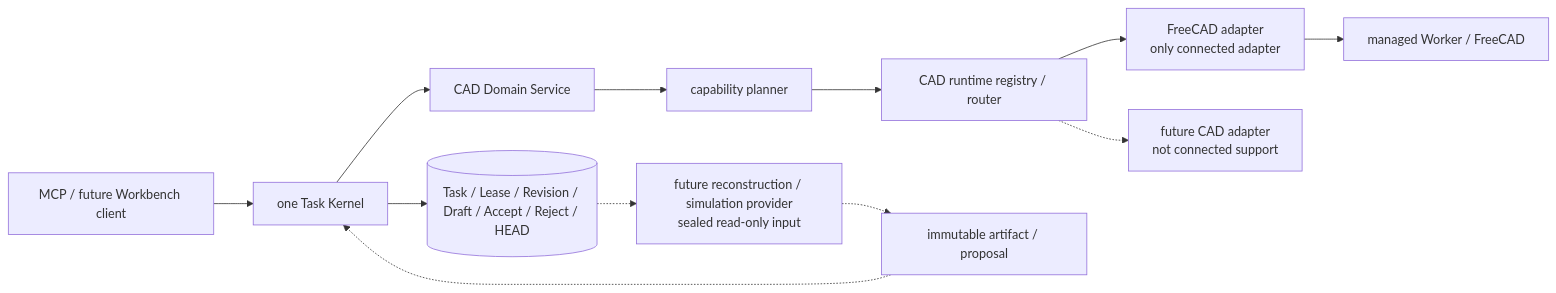
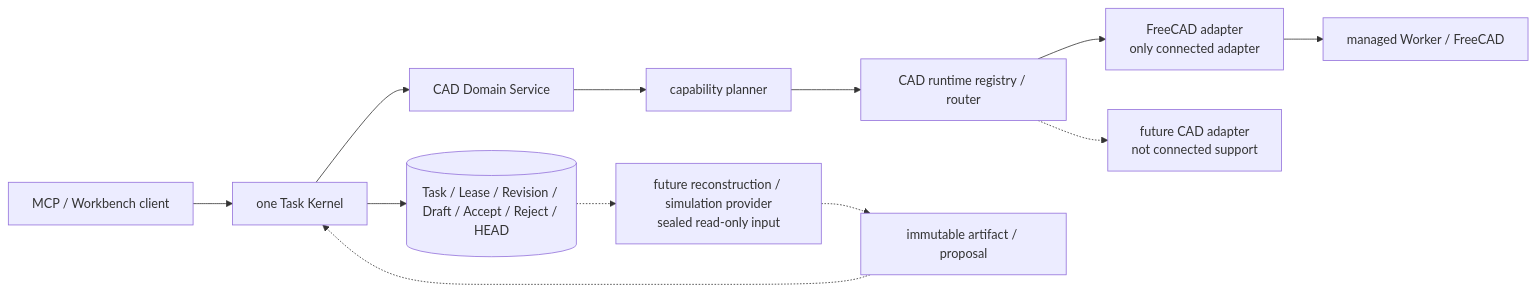
The third of 4 diagrams in docs/ARCHITECTURE.md (wangtao9090/VibeCAD), drawn with Mermaid before and after one commit. The commit also changed other lines of this file and 7 other files, not shown here.

````diff
--- a/docs/ARCHITECTURE.md
+++ b/docs/ARCHITECTURE.md
@@ -262,14 +268,14 @@
 ```mermaid
 flowchart LR
-    C["MCP / future Workbench client"] --> K["one Task Kernel"]
+    C["MCP / Workbench client"] --> K["one Task Kernel"]
     K --> T[("Task / Lease / Revision / Draft / Accept / Reject / HEAD")]
     K --> D["CAD Domain Service"]
     D --> P["capability planner"]
     P --> R["CAD runtime registry / router"]
     R --> F["FreeCAD adapter<br/>only connected adapter"]
     F --> W["managed Worker / FreeCAD"]
     R -.-> X["future CAD adapter<br/>not connected support"]
     T -.-> Q["future reconstruction / simulation provider<br/>sealed read-only input"]
     Q -.-> A["immutable artifact / proposal"]
     A -.-> K
 ```
````
